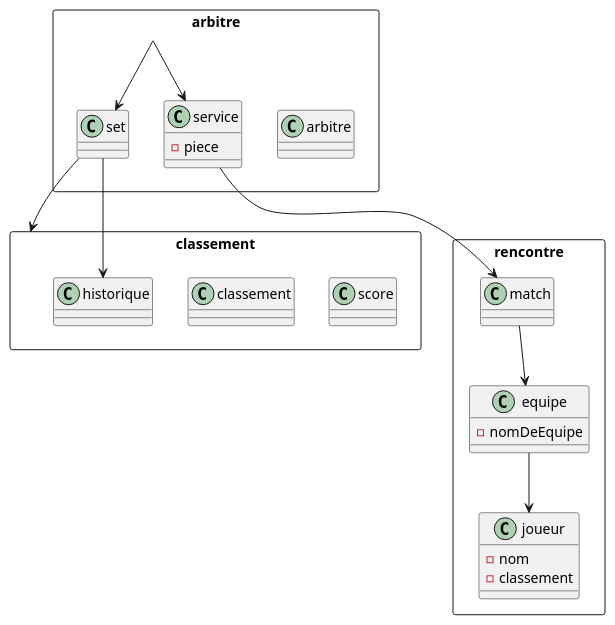
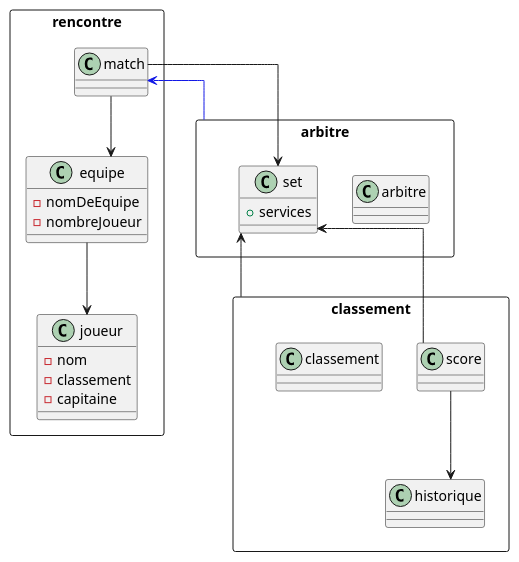
One commit to ferdiLeCodeur/PingPong changed the diagram in images/class.wsd. Above: the diagram before and after it, drawn with PlantUML. The commit also changed 5 other files, not shown here.

```diff
--- a/images/class.wsd
+++ b/images/class.wsd
@@ -1,62 +1,67 @@
 @startuml "FaitChier"
+skinparam linetype polyline
+skinparam linetype ortho
 
 
 
 rectangle rencontre{
     class match{
-
-
     }
 
     class equipe{
         -nomDeEquipe
+        -nombreJoueur
     }
 
     class joueur{
         -nom 
         -classement
+        -capitaine
     }
-
 
 }
 rectangle arbitre{
 
     class arbitre{
+
     }
 
+    
+
     class set{
+
+        +services
     }
 
-
-    class service{
-        -piece
-    }
 }
 
 rectangle classement{
 
     class score{
     }
 
     class classement{
     }
 
     class historique{
     }
 }
 
-arbitre --> service
-arbitre --> set
 
-match --> equipe
+
+arbitre --[#1117e6]> match
+match --> set 
+
+match --> equipe 
 equipe --> joueur
 
-service --> match
-set --> historique
-set --> classement 
+
+score --> historique
+set <-- classement 
+set <-- score
 
 
 
 
 
 @enduml
```
